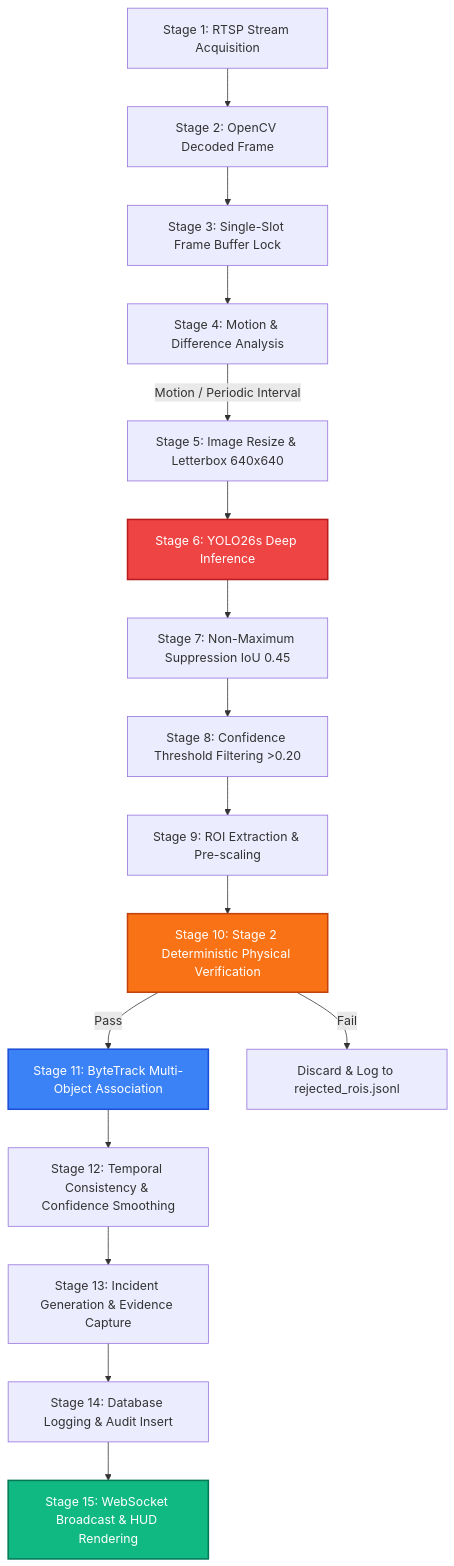
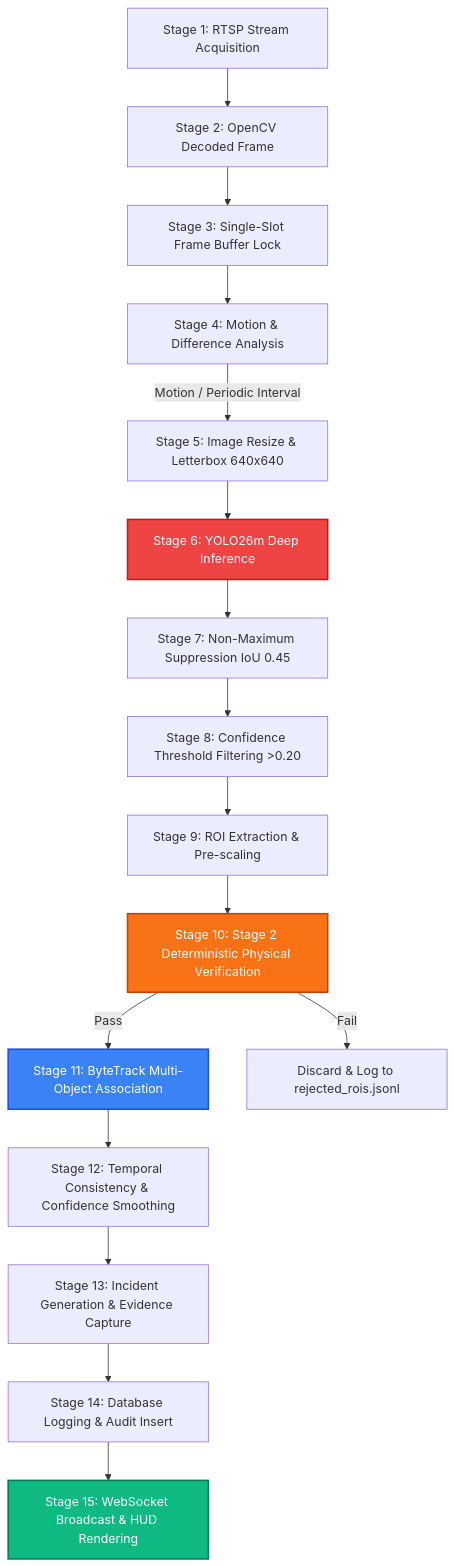
Before and after one commit to Saicharan-077/Fire_Smoke_Application: the fourth of 14 diagrams in REVIEW.md, drawn with Mermaid. The commit also changed other lines of this file and 16 other files, not shown here.

Commit message:
refactor(models): update model architecture references across codebase to YOLO26m

````diff
--- a/REVIEW.md
+++ b/REVIEW.md
@@ -615,23 +615,23 @@
 ```mermaid
 flowchart TD
     A[Stage 1: RTSP Stream Acquisition] --> B[Stage 2: OpenCV Decoded Frame]
     B --> C[Stage 3: Single-Slot Frame Buffer Lock]
     C --> D[Stage 4: Motion & Difference Analysis]
     D -->|Motion / Periodic Interval| E[Stage 5: Image Resize & Letterbox 640x640]
-    E --> F[Stage 6: YOLO26s Deep Inference]
+    E --> F[Stage 6: YOLO26m Deep Inference]
     F --> G[Stage 7: Non-Maximum Suppression IoU 0.45]
     G --> H[Stage 8: Confidence Threshold Filtering >0.20]
     H --> I[Stage 9: ROI Extraction & Pre-scaling]
     I --> J[Stage 10: Stage 2 Deterministic Physical Verification]
     J -->|Pass| K[Stage 11: ByteTrack Multi-Object Association]
     J -->|Fail| Z[Discard & Log to rejected_rois.jsonl]
     K --> L[Stage 12: Temporal Consistency & Confidence Smoothing]
     L --> M[Stage 13: Incident Generation & Evidence Capture]
     M --> N[Stage 14: Database Logging & Audit Insert]
     N --> O[Stage 15: WebSocket Broadcast & HUD Rendering]
 
     style F fill:#ef4444,stroke:#b91c1c,stroke-width:2px,color:#ffffff
     style J fill:#f97316,stroke:#c2410c,stroke-width:2px,color:#ffffff
     style K fill:#3b82f6,stroke:#1d4ed8,stroke-width:2px,color:#ffffff
     style O fill:#10b981,stroke:#047857,stroke-width:2px,color:#ffffff
 ```
````
